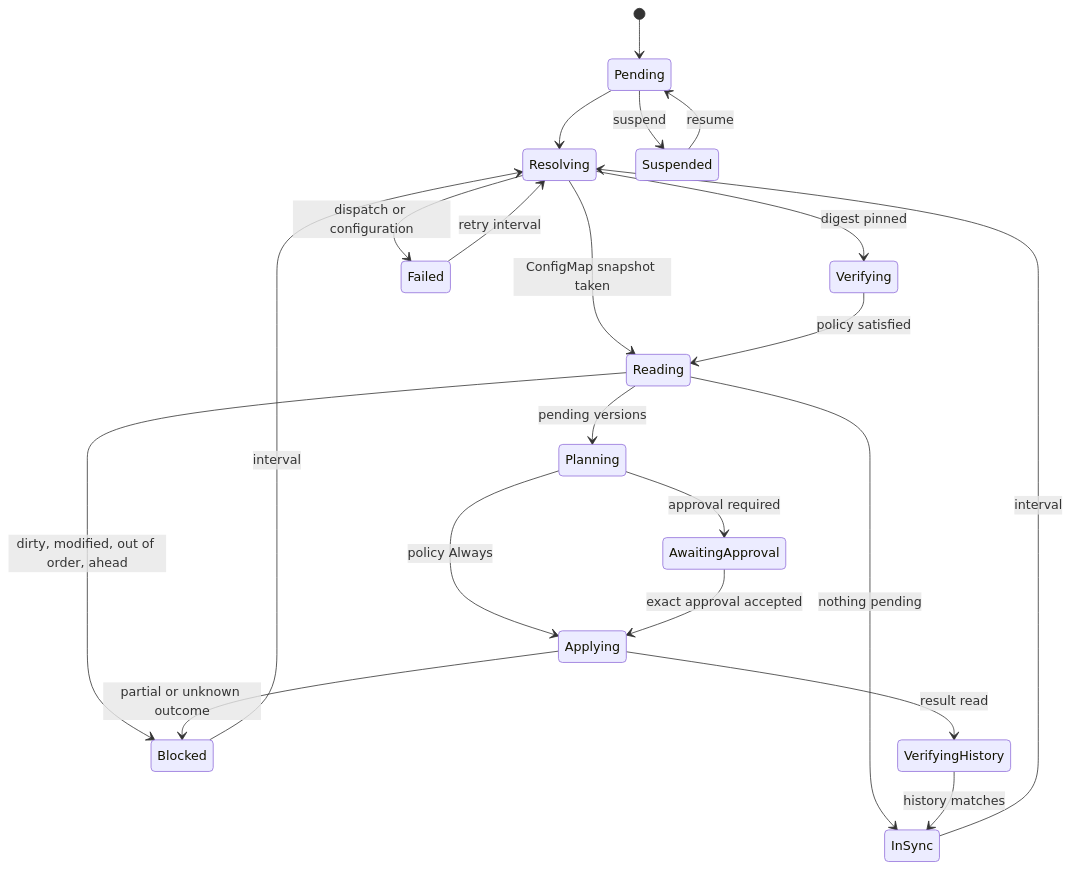
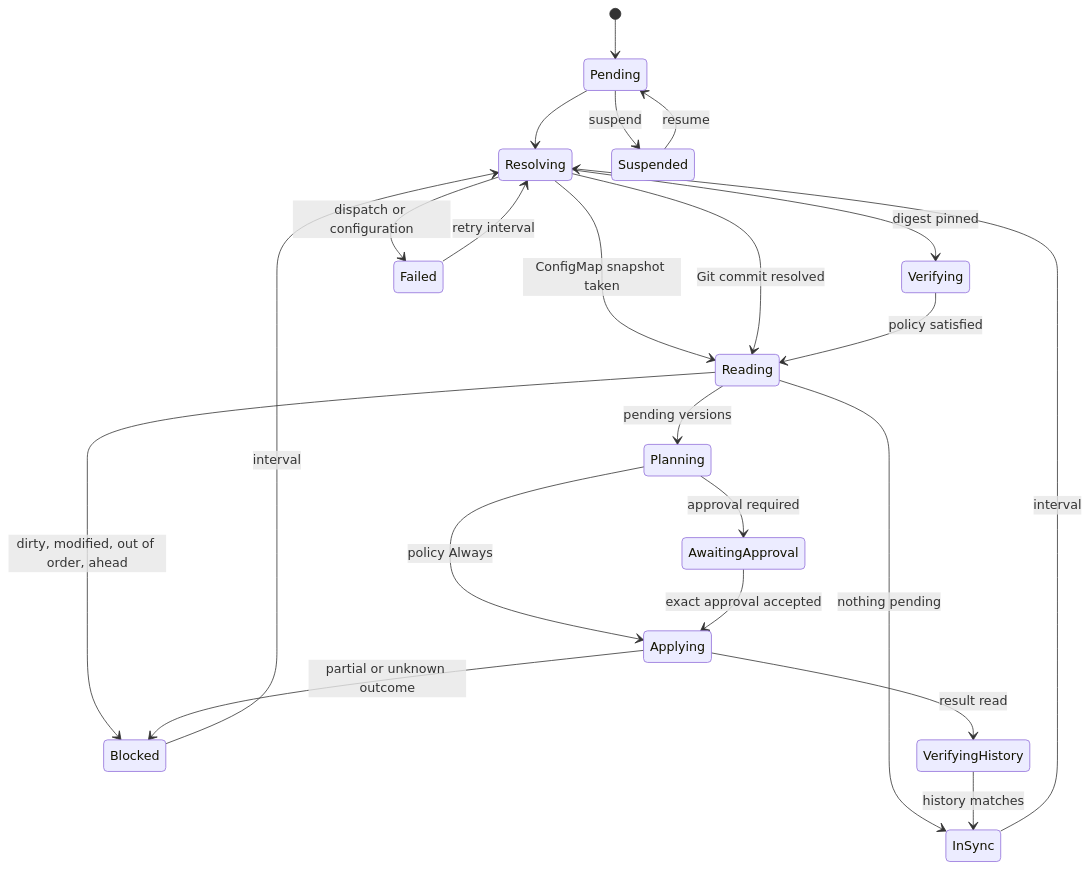
The second of 2 diagrams in docs/site/src/content/docs/reference/reconciliation.md (stokaro/ptah-operator), drawn with Mermaid before and after one commit. The commit also changed other lines of this file and 149 other files, not shown here.

First line of the commit message:
Deliver a schema and a migration sequence from Git (#710)

````diff
--- a/docs/site/src/content/docs/reference/reconciliation.md
+++ b/docs/site/src/content/docs/reference/reconciliation.md
@@ -125,23 +170,24 @@
 ```mermaid
 stateDiagram-v2
   [*] --> Pending
   Pending --> Resolving
   Resolving --> Verifying: digest pinned
   Resolving --> Reading: ConfigMap snapshot taken
+  Resolving --> Reading: Git commit resolved
   Verifying --> Reading: policy satisfied
   Reading --> InSync: nothing pending
   Reading --> Planning: pending versions
   Reading --> Blocked: dirty, modified, out of order, ahead
   Planning --> AwaitingApproval: approval required
   Planning --> Applying: policy Always
   AwaitingApproval --> Applying: exact approval accepted
   Applying --> VerifyingHistory: result read
   VerifyingHistory --> InSync: history matches
   Applying --> Blocked: partial or unknown outcome
   Resolving --> Failed: dispatch or configuration
   InSync --> Resolving: interval
   Blocked --> Resolving: interval
   Failed --> Resolving: retry interval
   Pending --> Suspended: suspend
   Suspended --> Pending: resume
 ```
````
